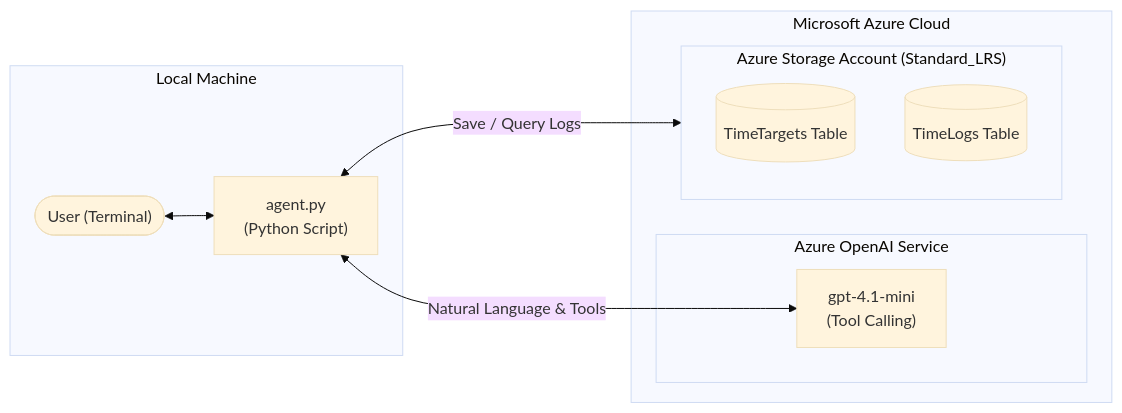
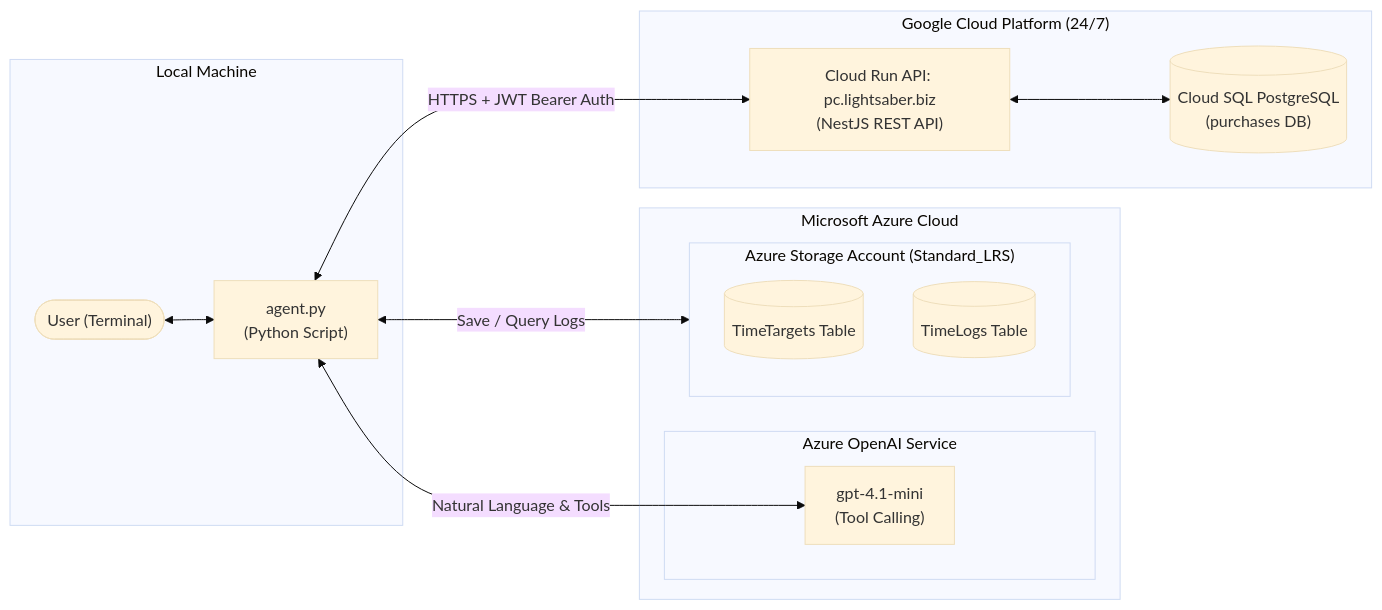
Before and after one commit to andytoland/time_tracker_ai: the diagram in README.md, drawn with Mermaid (base theme). The commit also changed other lines of this file and 7 other files, not shown here.

First line of the commit message:
feat: integrate purchase-calc Cloud Run API with AI agent

````diff
--- a/README.md
+++ b/README.md
@@ -9,19 +9,26 @@
 ```mermaid
 flowchart LR
     subgraph Local["Local Machine"]
         User(["User (Terminal)"]) <--> Agent["agent.py\n(Python Script)"]
     end
 
     subgraph Azure["Microsoft Azure Cloud"]
         subgraph OpenAI["Azure OpenAI Service"]
             Model["gpt-4.1-mini\n(Tool Calling)"]
         end
         subgraph Storage["Azure Storage Account (Standard_LRS)"]
             T1[("TimeTargets Table")]
             T2[("TimeLogs Table")]
         end
     end
 
+    subgraph GCP["Google Cloud Platform (24/7)"]
+        CloudRun["Cloud Run API: pc.lightsaber.biz\n(NestJS REST API)"]
+        Postgres[("Cloud SQL PostgreSQL\n(purchases DB)")]
+        CloudRun <--> Postgres
+    end
+
     Agent <-->|"Natural Language & Tools"| Model
     Agent <-->|"Save / Query Logs"| Storage
+    Agent <-->|"HTTPS + JWT Bearer Auth"| CloudRun
 ```
````
